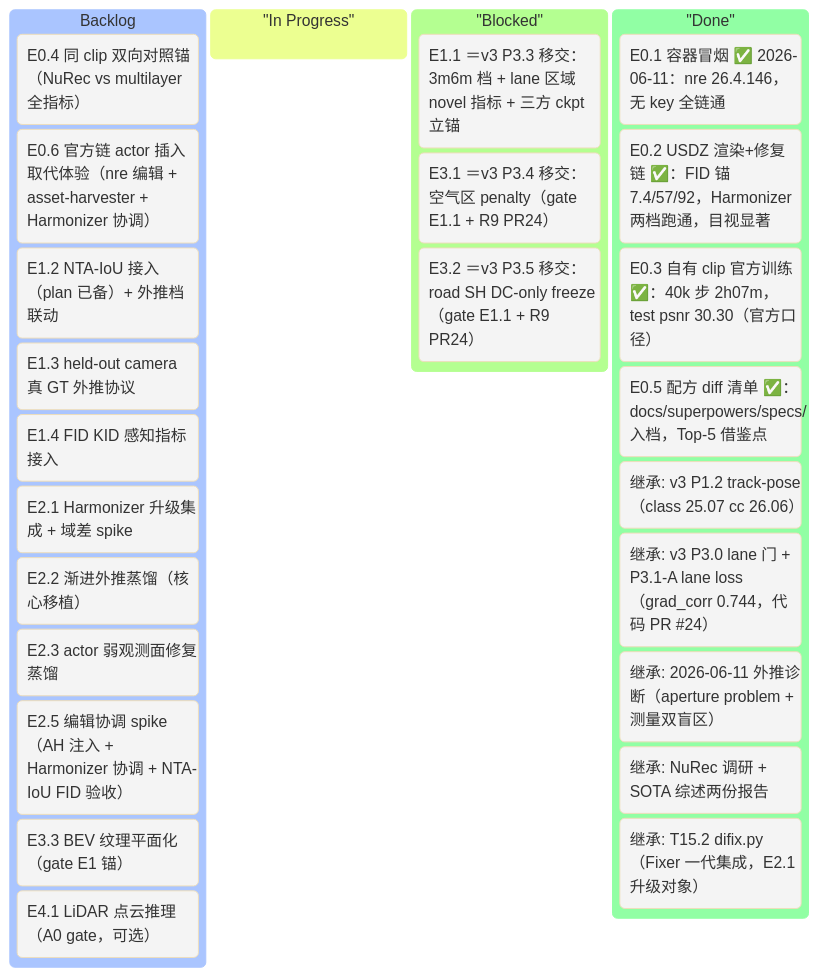
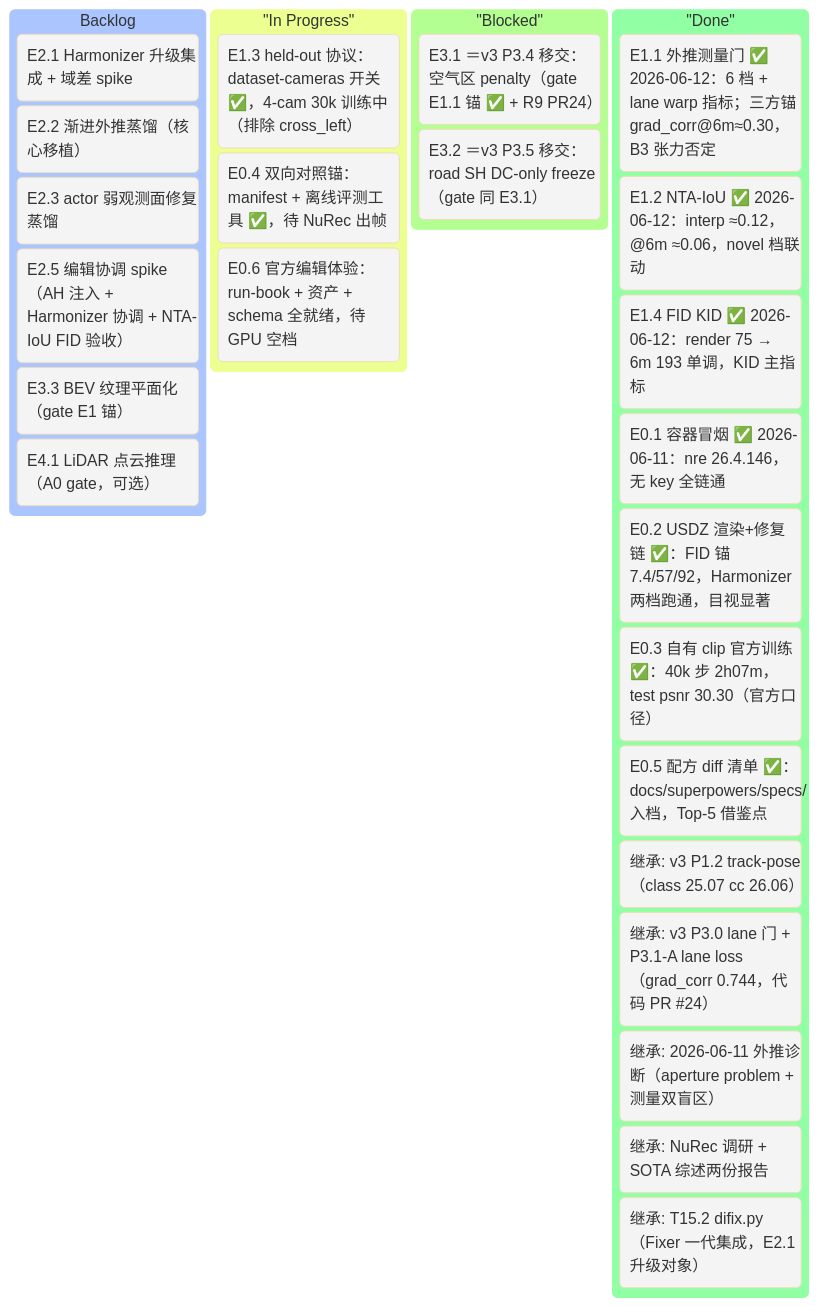
Before and after one commit to etendue/3dgrut: the first of 2 diagrams in v4_plan.md, drawn with Mermaid. The commit also changed other lines of this file and 1 other file, not shown here.

First line of the commit message:
docs(plan): E1.1/E1.2/E1.4 ✅ 三方锚实测入档；E1.3/E0.4/E0.6 🟡；gap 表 3dgrut2 列回填

````diff
--- a/v4_plan.md
+++ b/v4_plan.md
@@ -67,34 +67,34 @@
 ```mermaid
 %%{init: {'theme':'base'}}%%
 kanban
     Backlog
-        [E0.4 同 clip 双向对照锚（NuRec vs multilayer 全指标）]
-        [E0.6 官方链 actor 插入取代体验（nre 编辑 + asset-harvester + Harmonizer 协调）]
-        [E1.2 NTA-IoU 接入（plan 已备）+ 外推档联动]
-        [E1.3 held-out camera 真 GT 外推协议]
-        [E1.4 FID KID 感知指标接入]
         [E2.1 Harmonizer 升级集成 + 域差 spike]
         [E2.2 渐进外推蒸馏（核心移植）]
         [E2.3 actor 弱观测面修复蒸馏]
         [E2.5 编辑协调 spike（AH 注入 + Harmonizer 协调 + NTA-IoU FID 验收）]
         [E3.3 BEV 纹理平面化（gate E1 锚）]
         [E4.1 LiDAR 点云推理（A0 gate，可选）]
 
     "In Progress"
+        [E1.3 held-out 协议：dataset-cameras 开关 ✅，4-cam 30k 训练中（排除 cross_left）]
+        [E0.4 双向对照锚：manifest + 离线评测工具 ✅，待 NuRec 出帧]
+        [E0.6 官方编辑体验：run-book + 资产 + schema 全就绪，待 GPU 空档]
 
     "Blocked"
-        [E1.1 ＝v3 P3.3 移交：3m6m 档 + lane 区域 novel 指标 + 三方 ckpt 立锚]
-        [E3.1 ＝v3 P3.4 移交：空气区 penalty（gate E1.1 + R9 PR24）]
-        [E3.2 ＝v3 P3.5 移交：road SH DC-only freeze（gate E1.1 + R9 PR24）]
+        [E3.1 ＝v3 P3.4 移交：空气区 penalty（gate E1.1 锚 ✅ + R9 PR24）]
+        [E3.2 ＝v3 P3.5 移交：road SH DC-only freeze（gate 同 E3.1）]
 
     "Done"
+        [E1.1 外推测量门 ✅ 2026-06-12：6 档 + lane warp 指标；三方锚 grad_corr@6m≈0.30，B3 张力否定]
+        [E1.2 NTA-IoU ✅ 2026-06-12：interp ≈0.12，@6m ≈0.06，novel 档联动]
+        [E1.4 FID KID ✅ 2026-06-12：render 75 → 6m 193 单调，KID 主指标]
         [E0.1 容器冒烟 ✅ 2026-06-11：nre 26.4.146，无 key 全链通]
         [E0.2 USDZ 渲染+修复链 ✅：FID 锚 7.4/57/92，Harmonizer 两档跑通，目视显著]
         [E0.3 自有 clip 官方训练 ✅：40k 步 2h07m，test psnr 30.30（官方口径）]
         [E0.5 配方 diff 清单 ✅：docs/superpowers/specs/ 入档，Top-5 借鉴点]
         [继承: v3 P1.2 track-pose（class 25.07 cc 26.06）]
         [继承: v3 P3.0 lane 门 + P3.1-A lane loss（grad_corr 0.744，代码 PR #24）]
         [继承: 2026-06-11 外推诊断（aperture problem + 测量双盲区）]
         [继承: NuRec 调研 + SOTA 综述两份报告]
         [继承: T15.2 difix.py（Fixer 一代集成，E2.1 升级对象）]
 ```
````
